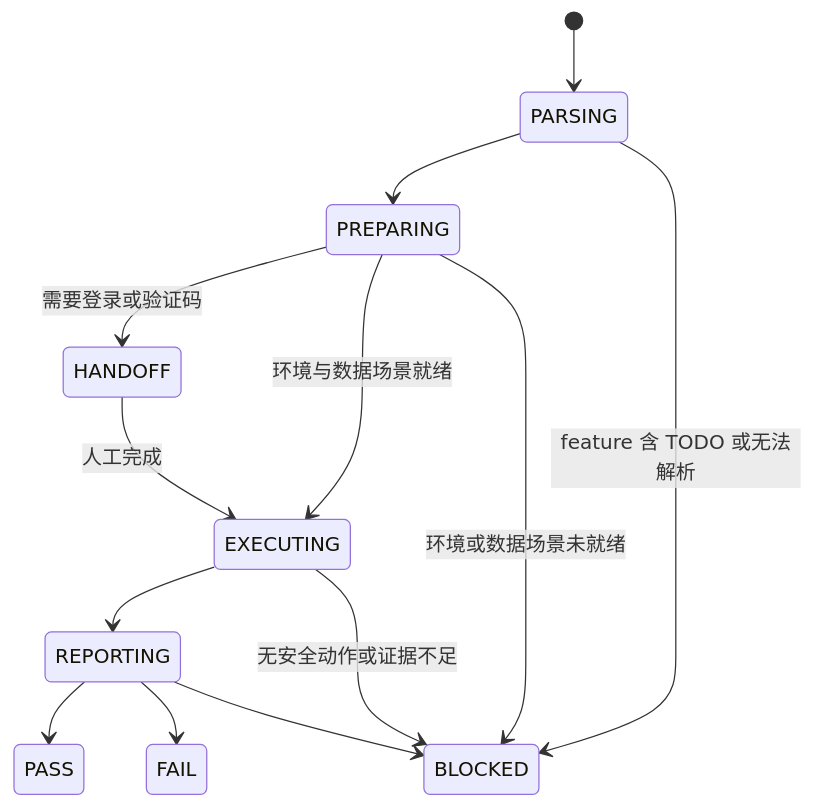
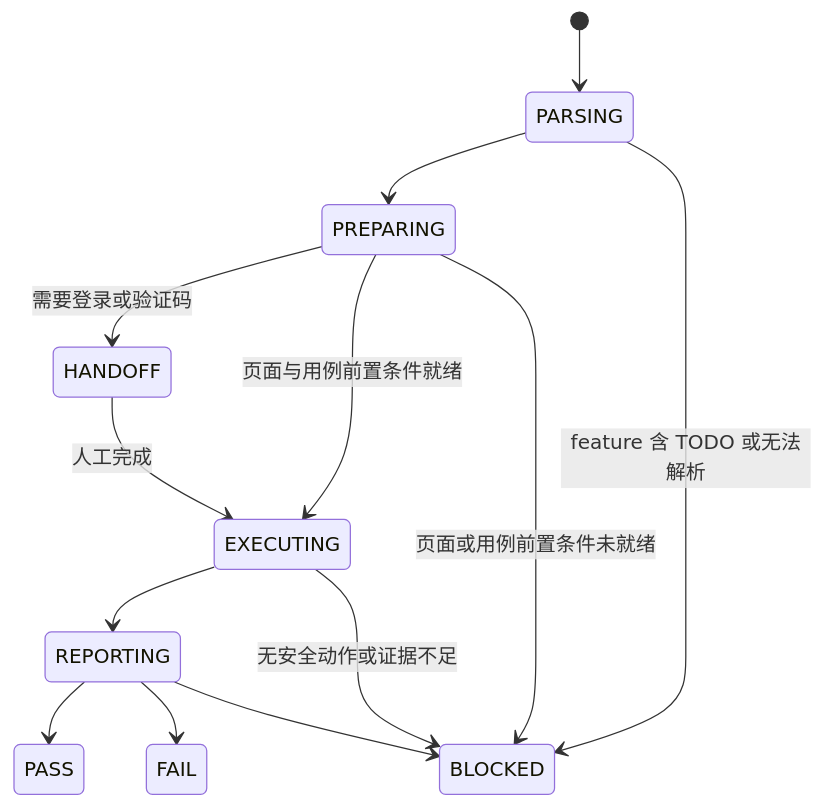
Before and after one commit to Mone-Lee/browser-automated: the fourth of 4 diagrams in docs/browser-test-technical-plan.md, drawn with Mermaid. The commit also changed other lines of this file and 5 other files, not shown here.

````diff
--- a/docs/browser-test-technical-plan.md
+++ b/docs/browser-test-technical-plan.md
@@ -279,15 +274,15 @@
 ```mermaid
 stateDiagram-v2
     [*] --> PARSING
     PARSING --> PREPARING
     PARSING --> BLOCKED: feature 含 TODO 或无法解析
     PREPARING --> HANDOFF: 需要登录或验证码
     HANDOFF --> EXECUTING: 人工完成
-    PREPARING --> EXECUTING: 环境与数据场景就绪
-    PREPARING --> BLOCKED: 环境或数据场景未就绪
+    PREPARING --> EXECUTING: 页面与用例前置条件就绪
+    PREPARING --> BLOCKED: 页面或用例前置条件未就绪
     EXECUTING --> REPORTING
     EXECUTING --> BLOCKED: 无安全动作或证据不足
     REPORTING --> PASS
     REPORTING --> FAIL
     REPORTING --> BLOCKED
 ```
````
